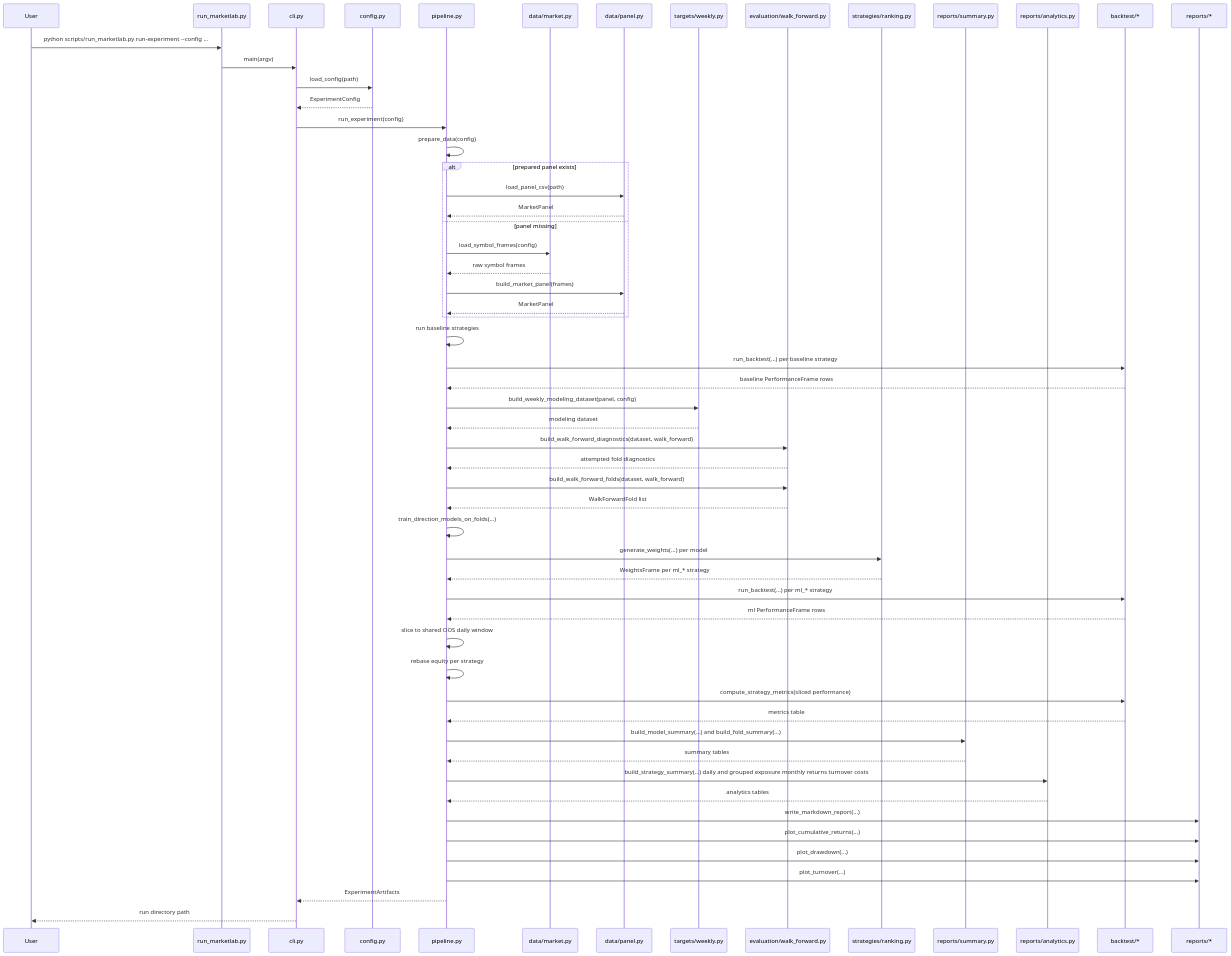
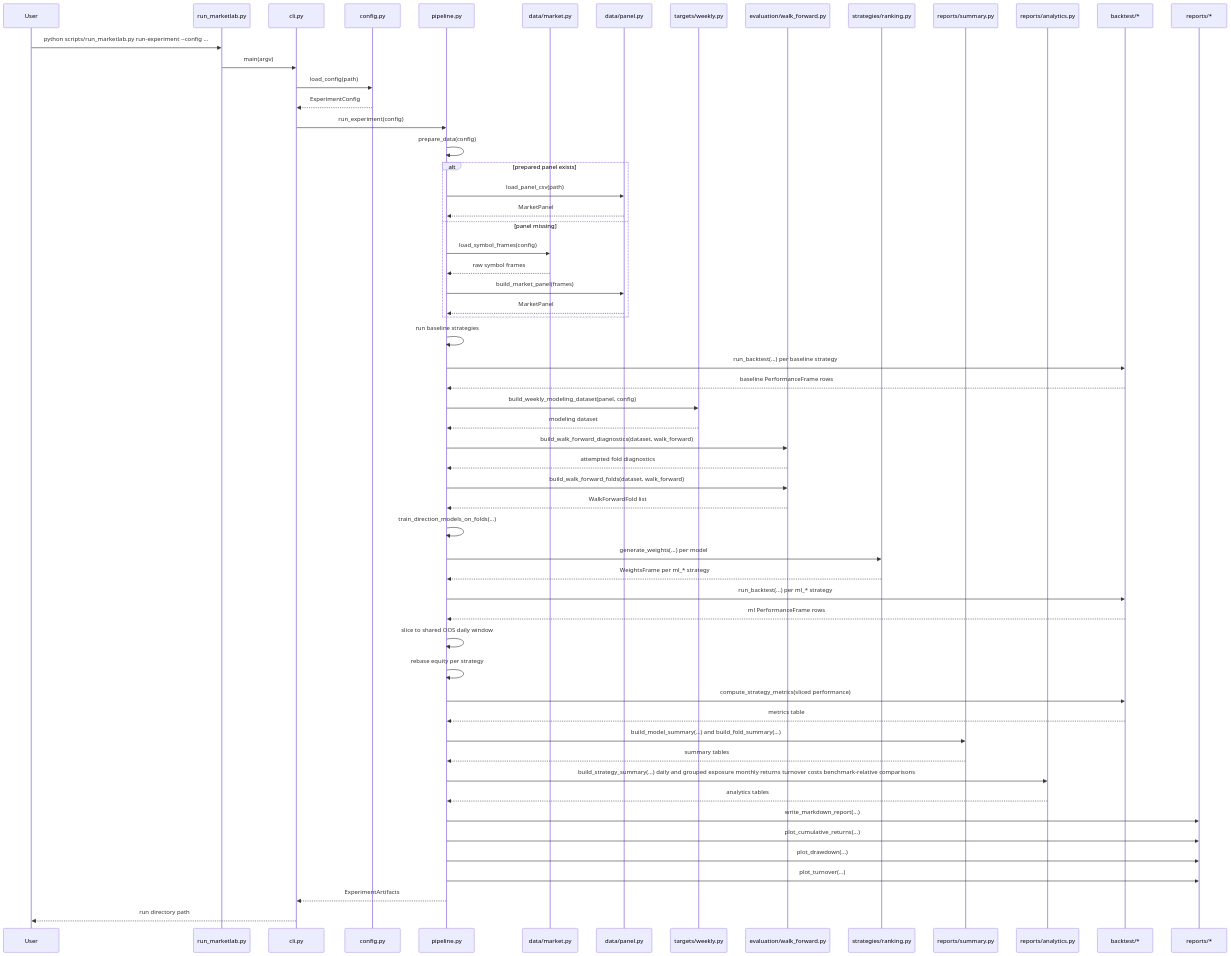
One commit to ricardogr07/market-lab changed the fourth of 6 diagrams in docs/architecture.md. Above: the diagram before and after it, drawn with Mermaid. The commit also changed other lines of this file and 11 other files, not shown here.

First line of the commit message:
feat: add benchmark-relative comparison reporting (#48)

````diff
--- a/docs/architecture.md
+++ b/docs/architecture.md
@@ -162,63 +172,63 @@
 ```mermaid
 sequenceDiagram
     participant U as User
     participant L as run_marketlab.py
     participant C as cli.py
     participant CFG as config.py
     participant P as pipeline.py
     participant M as data/market.py
     participant N as data/panel.py
     participant T as targets/weekly.py
     participant E as evaluation/walk_forward.py
     participant RANK as strategies/ranking.py
     participant SUM as reports/summary.py
     participant AN as reports/analytics.py
     participant B as backtest/*
     participant R as reports/*
 
     U->>L: python scripts/run_marketlab.py run-experiment --config ...
     L->>C: main(argv)
     C->>CFG: load_config(path)
     CFG-->>C: ExperimentConfig
     C->>P: run_experiment(config)
     P->>P: prepare_data(config)
 
     alt prepared panel exists
         P->>N: load_panel_csv(path)
         N-->>P: MarketPanel
     else panel missing
         P->>M: load_symbol_frames(config)
         M-->>P: raw symbol frames
         P->>N: build_market_panel(frames)
         N-->>P: MarketPanel
     end
 
     P->>P: run baseline strategies
     P->>B: run_backtest(...) per baseline strategy
     B-->>P: baseline PerformanceFrame rows
     P->>T: build_weekly_modeling_dataset(panel, config)
     T-->>P: modeling dataset
     P->>E: build_walk_forward_diagnostics(dataset, walk_forward)
     E-->>P: attempted fold diagnostics
     P->>E: build_walk_forward_folds(dataset, walk_forward)
     E-->>P: WalkForwardFold list
     P->>P: train_direction_models_on_folds(...)
     P->>RANK: generate_weights(...) per model
     RANK-->>P: WeightsFrame per ml_* strategy
     P->>B: run_backtest(...) per ml_* strategy
     B-->>P: ml PerformanceFrame rows
     P->>P: slice to shared OOS daily window
     P->>P: rebase equity per strategy
     P->>B: compute_strategy_metrics(sliced performance)
     B-->>P: metrics table
     P->>SUM: build_model_summary(...) and build_fold_summary(...)
     SUM-->>P: summary tables
-    P->>AN: build_strategy_summary(...) daily and grouped exposure monthly returns turnover costs
+    P->>AN: build_strategy_summary(...) daily and grouped exposure monthly returns turnover costs benchmark-relative comparisons
     AN-->>P: analytics tables
     P->>R: write_markdown_report(...)
     P->>R: plot_cumulative_returns(...)
     P->>R: plot_drawdown(...)
     P->>R: plot_turnover(...)
     P-->>C: ExperimentArtifacts
     C-->>U: run directory path
 ```
````
